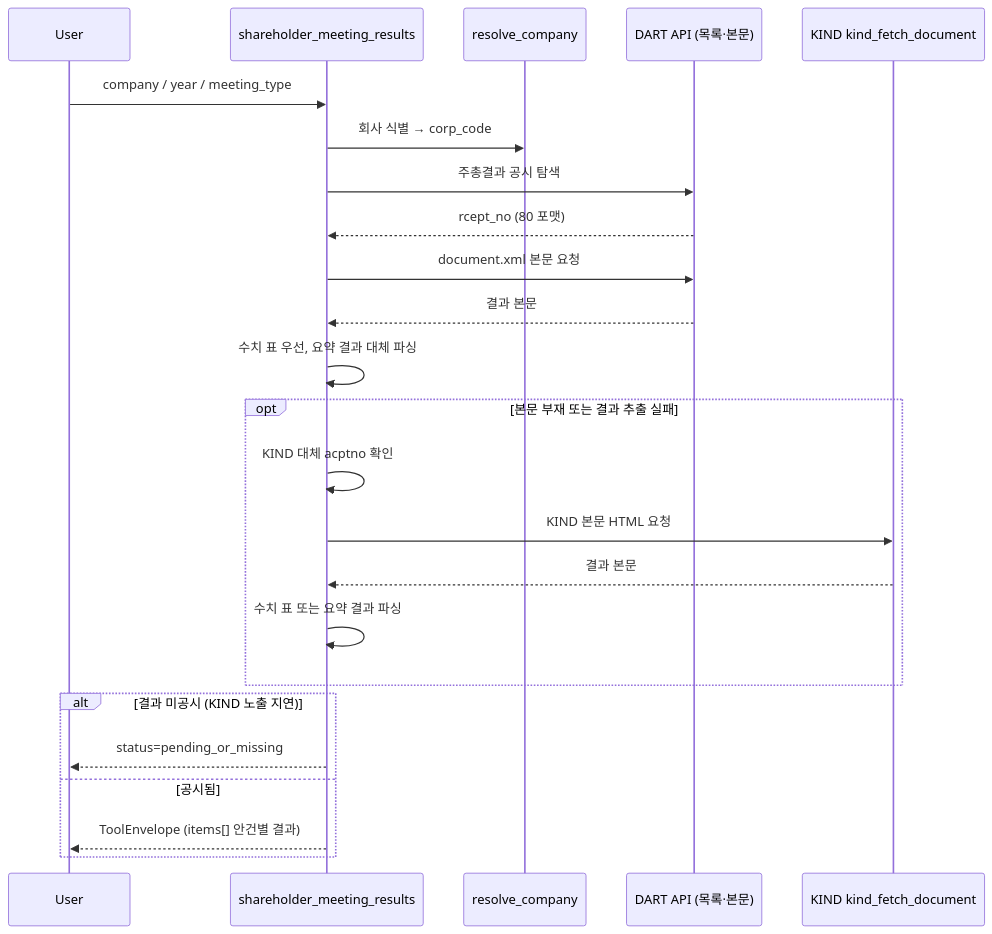
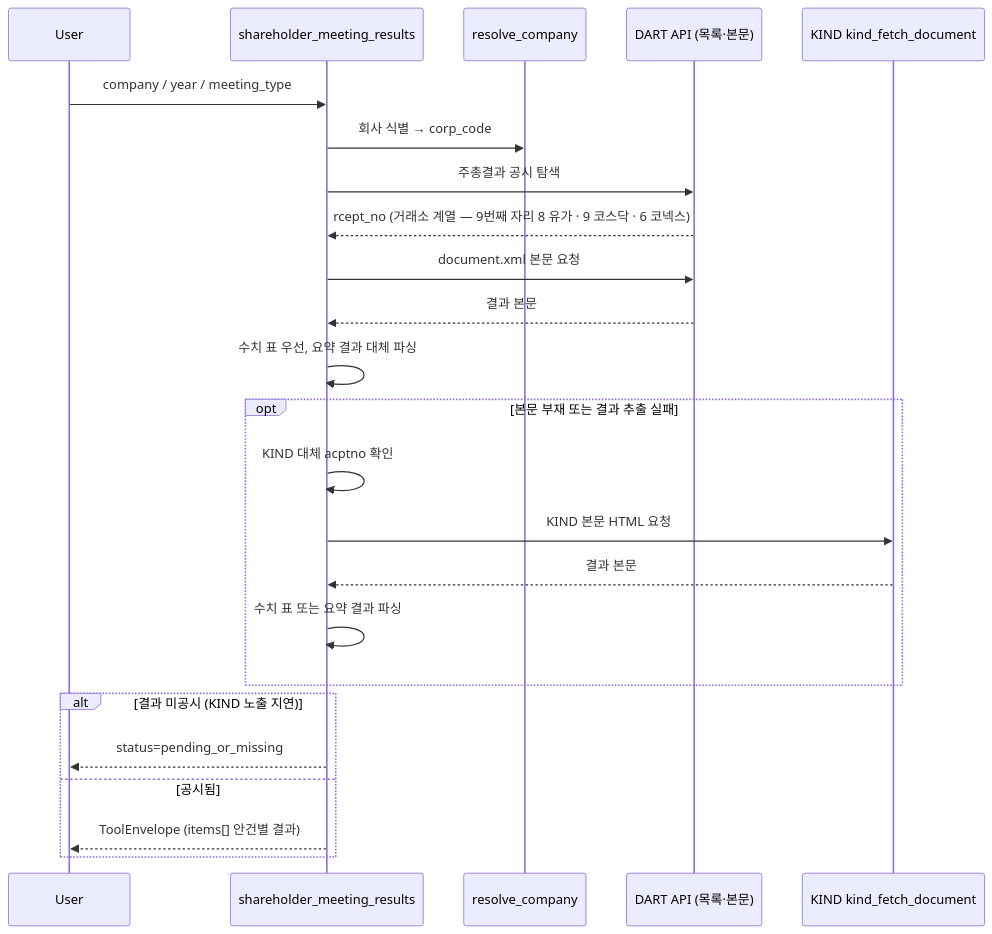
One commit to MarcoYou/open-proxy-mcp changed the diagram in wiki/tools/shareholder_meeting_results.md. Above: the diagram before and after it, drawn with Mermaid. The commit also changed other lines of this file and 20 other files, not shown here.

````diff
--- a/wiki/tools/shareholder_meeting_results.md
+++ b/wiki/tools/shareholder_meeting_results.md
@@ -36,26 +41,26 @@
 ```mermaid
 sequenceDiagram
     participant U as User
     participant T as shareholder_meeting_results
     participant R as resolve_company
     participant D as DART API (목록·본문)
     participant K as KIND kind_fetch_document
     U->>T: company / year / meeting_type
     T->>R: 회사 식별 → corp_code
     T->>D: 주총결과 공시 탐색
-    D-->>T: rcept_no (80 포맷)
+    D-->>T: rcept_no (거래소 계열 — 9번째 자리 8 유가 · 9 코스닥 · 6 코넥스)
     T->>D: document.xml 본문 요청
     D-->>T: 결과 본문
     T->>T: 수치 표 우선, 요약 결과 대체 파싱
     opt 본문 부재 또는 결과 추출 실패
         T->>T: KIND 대체 acptno 확인
         T->>K: KIND 본문 HTML 요청
         K-->>T: 결과 본문
         T->>T: 수치 표 또는 요약 결과 파싱
     end
     alt 결과 미공시 (KIND 노출 지연)
         T-->>U: status=pending_or_missing
     else 공시됨
         T-->>U: ToolEnvelope (items[] 안건별 결과)
     end
 ```
````
